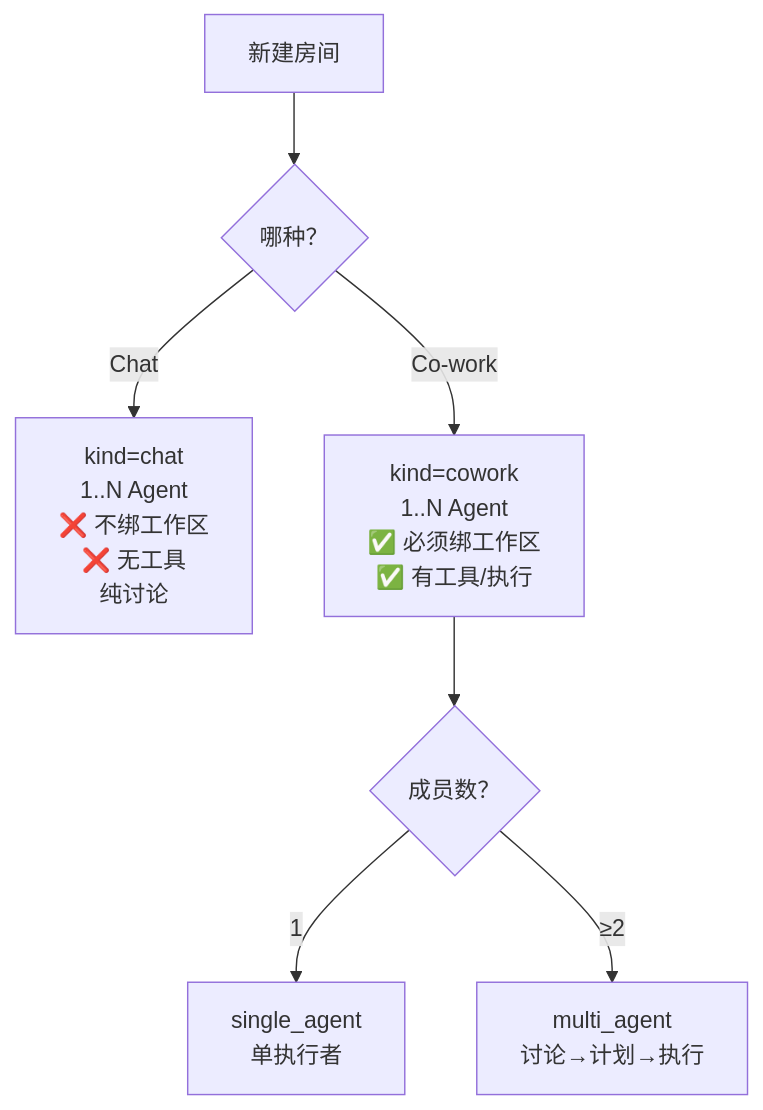
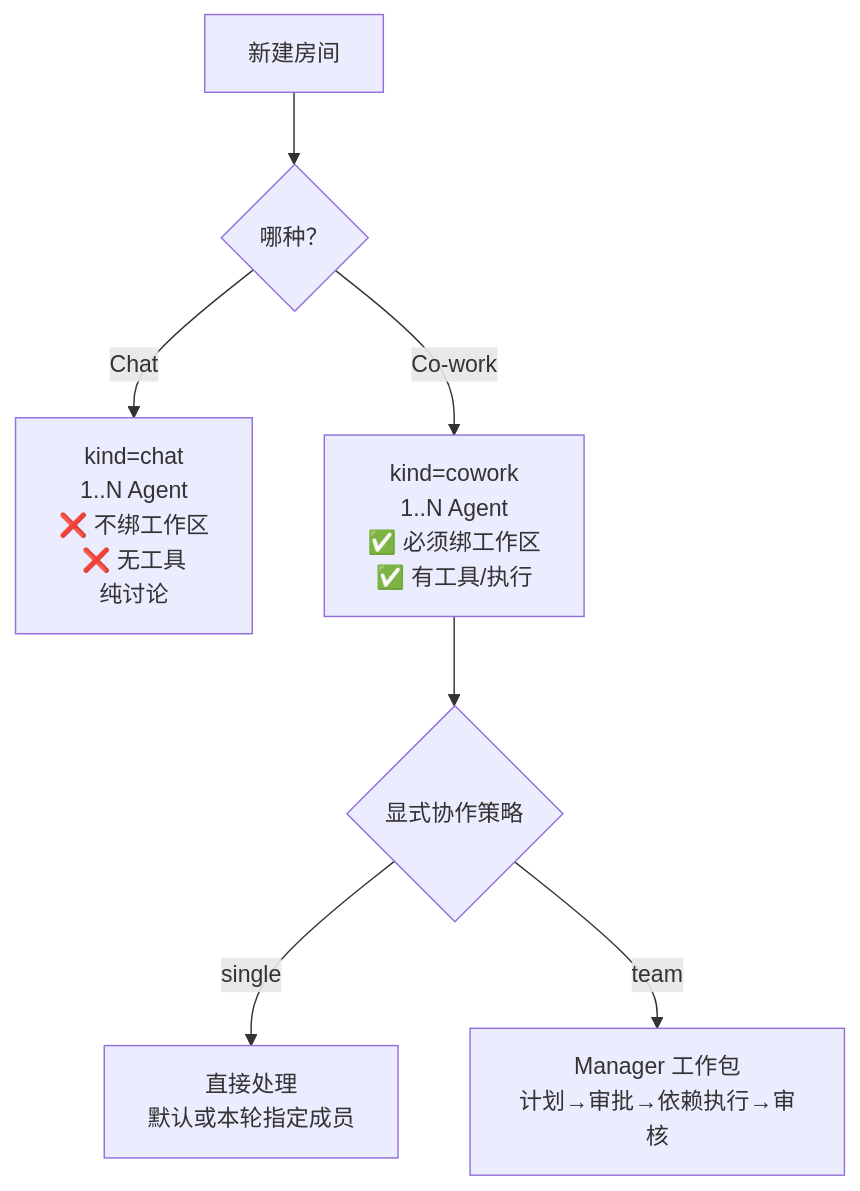
One commit to Haosen-Zhang/Socrates changed the fourth of 8 diagrams in doc/architecture.md. Above: the diagram before and after it, drawn with Mermaid. The commit also changed other lines of this file and 98 other files, not shown here.

````diff
--- a/doc/architecture.md
+++ b/doc/architecture.md
@@ -215,9 +218,9 @@
 ```mermaid
 graph TD
   New["新建房间"] --> Q{"哪种？"}
   Q -->|Chat| Chat["kind=chat<br/>1..N Agent<br/>❌ 不绑工作区<br/>❌ 无工具<br/>纯讨论"]
   Q -->|Co-work| Cowork["kind=cowork<br/>1..N Agent<br/>✅ 必须绑工作区<br/>✅ 有工具/执行"]
-  Cowork --> M{"成员数？"}
-  M -->|1| Single["single_agent<br/>单执行者"]
-  M -->|"≥2"| Multi["multi_agent<br/>讨论→计划→执行"]
+  Cowork --> M{"显式协作策略"}
+  M -->|single| Single["直接处理<br/>默认或本轮指定成员"]
+  M -->|team| Multi["Manager 工作包<br/>计划→审批→依赖执行→审核"]
 ```
````
